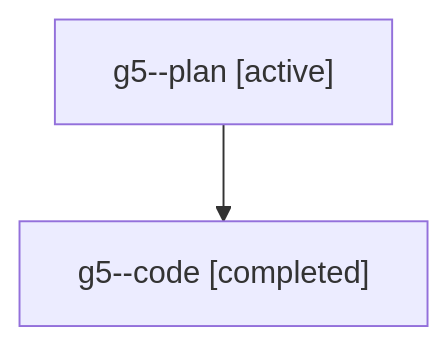
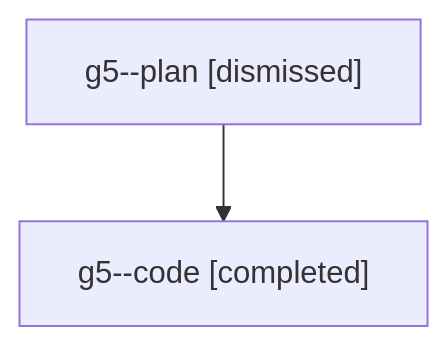
Before and after one commit to sase-org/sase--agents: the diagram in sessions/bbugyi200.athena.g5.md, drawn with Mermaid. The commit also changed other lines of this file and 30 other files, not shown here.

````diff
--- a/sessions/bbugyi200.athena.g5.md
+++ b/sessions/bbugyi200.athena.g5.md
@@ -9,6 +9,6 @@
 ```mermaid
 flowchart TD
-  n0["g5--plan [active]"]
+  n0["g5--plan [dismissed]"]
   n1["g5--code [completed]"]
   n0 --> n1
 ```
````
